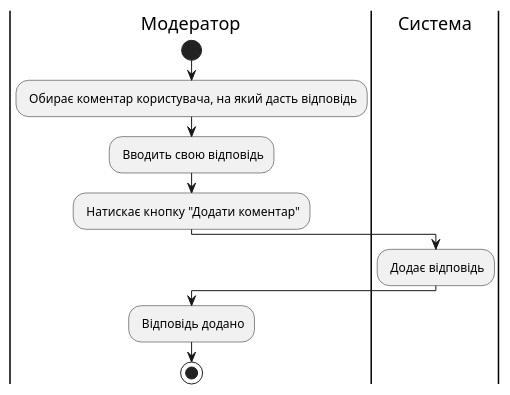
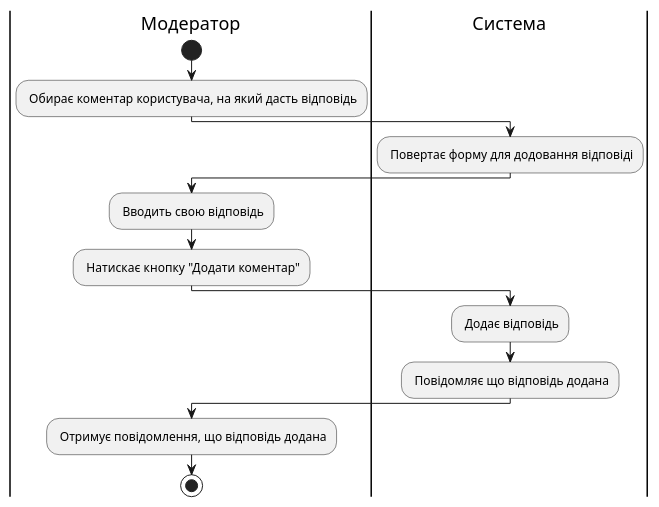
The diagram in src/uml/UC_6.puml (KarmazinN/db_open_data), drawn with PlantUML before and after one commit.

```diff
--- a/src/uml/UC_6.puml
+++ b/src/uml/UC_6.puml
@@ -1,31 +1,35 @@
 @startuml
 skinparam ArchimateBackgroundColor #ffffff
 skinparam	shadowing false
 skinparam Note {
 	BackgroundColor #f85658
 	FontColor #ffffff
 }
 
 
 
 |Модератор|
 start
 : Обирає коментар користувача, на який дасть відповідь;
 
+|Система|
+: Повертає форму для додовання відповіді;
+
+|Модератор|
 : Вводить свою відповідь;
 
 : Натискає кнопку "Додати коментар";
 
 |Система|
 
 : Додає відповідь;
-
+: Повідомляє що відповідь додана;
 
 |Модератор|
 
-: Відповідь додано;
+: Отримує повідомлення, що відповідь додана;
 
 stop;
 
 
 @enduml
```
